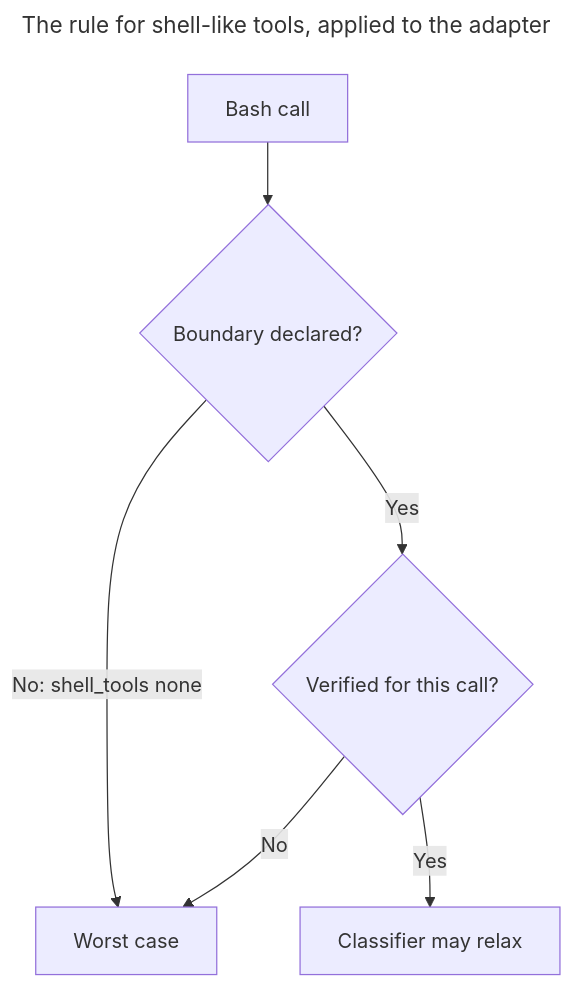
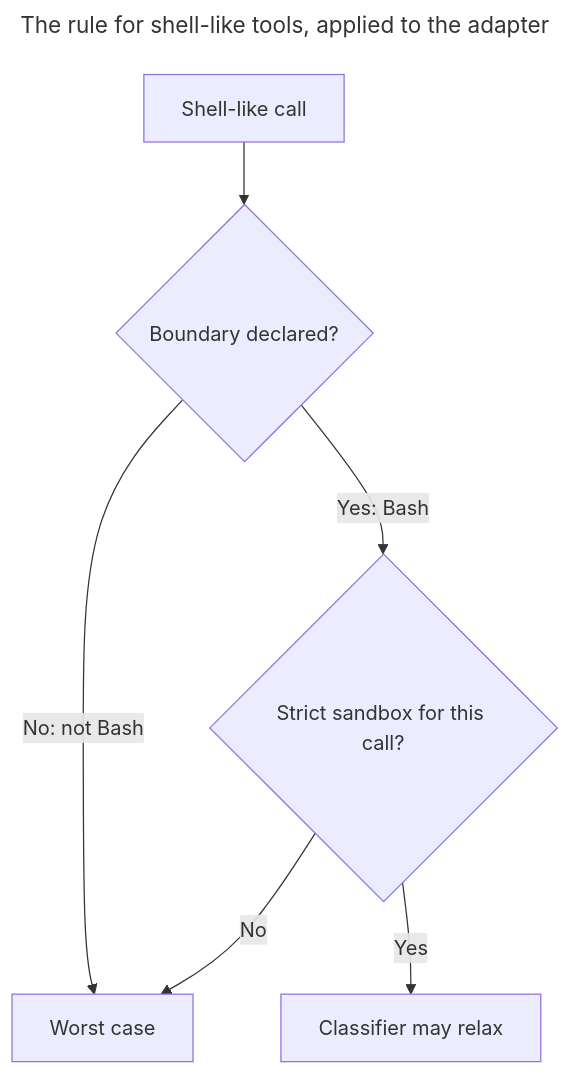
One commit to synaptiai/agent-capability-standard changed the seventh of 9 diagrams in docs/integrations/claude_agent_sdk.md. Above: the diagram before and after it, drawn with Mermaid.

Commit message:
docs(sdk): the guide's flowchart shows the sandbox the adapter declares for Bash
Refs #184

````diff
--- a/docs/integrations/claude_agent_sdk.md
+++ b/docs/integrations/claude_agent_sdk.md
@@ -576,12 +576,12 @@
 ```mermaid
 ---
 title: The rule for shell-like tools, applied to the adapter
 ---
 flowchart TD
-  accDescr: Under the rule RFC-0011 proposes, a call of a shell-like tool such as Bash gets the tool's worst case unless the adapter's statement declares an operating-system boundary for the tool and the adapter verifies it for the call. The adapter's statement declares none, so once the RFC is Accepted every Bash call must get the worst case.
-  call["Bash call"] --> declared{"Boundary declared?"}
-  declared -->|"No: shell_tools none"| worst["Worst case"]
-  declared -->|Yes| verified{"Verified for this call?"}
+  accDescr: Under the rule RFC-0011 proposes, a call of a shell-like tool gets the tool's worst case unless the adapter's statement declares an operating-system boundary for the tool and the adapter verifies it for the call. The statement declares Claude Code's sandbox for Bash and none for Monitor, PowerShell, Skill, Agent and Task, whose calls always get the worst case. A Bash call is relaxed only when the options the adapter built hold the strict sandbox and the call does not set dangerouslyDisableSandbox.
+  call["Shell-like call"] --> declared{"Boundary declared?"}
+  declared -->|"No: not Bash"| worst["Worst case"]
+  declared -->|"Yes: Bash"| verified{"Strict sandbox for this call?"}
   verified -->|No| worst
   verified -->|Yes| relax["Classifier may relax"]
 ```
````
